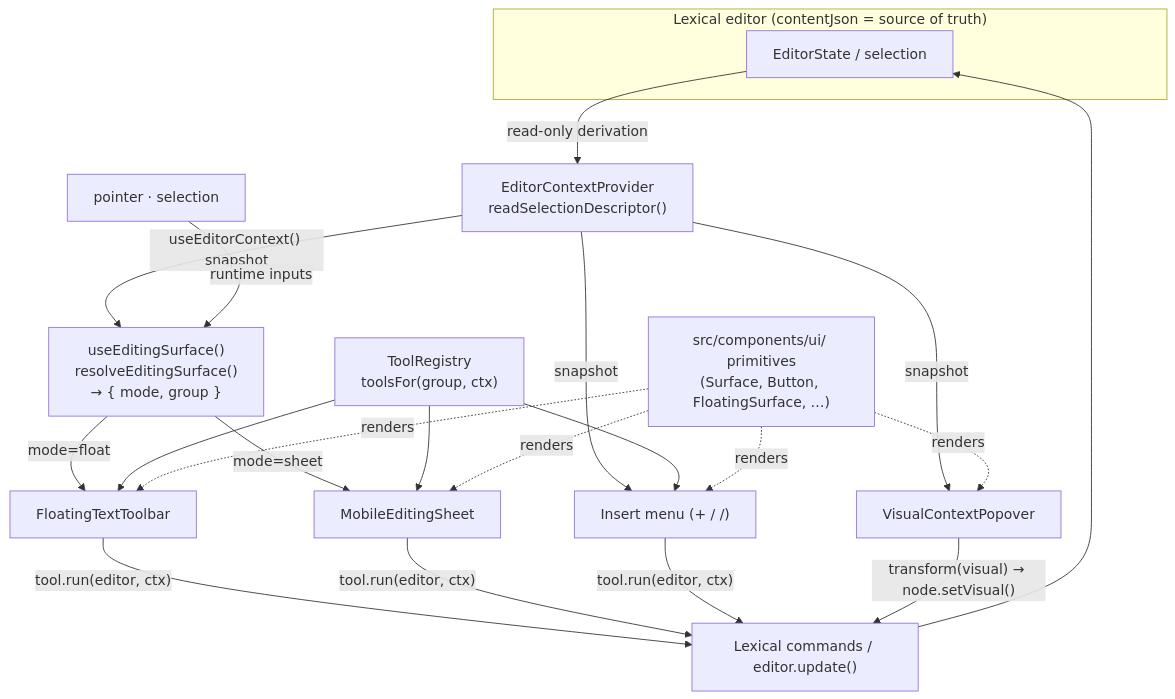
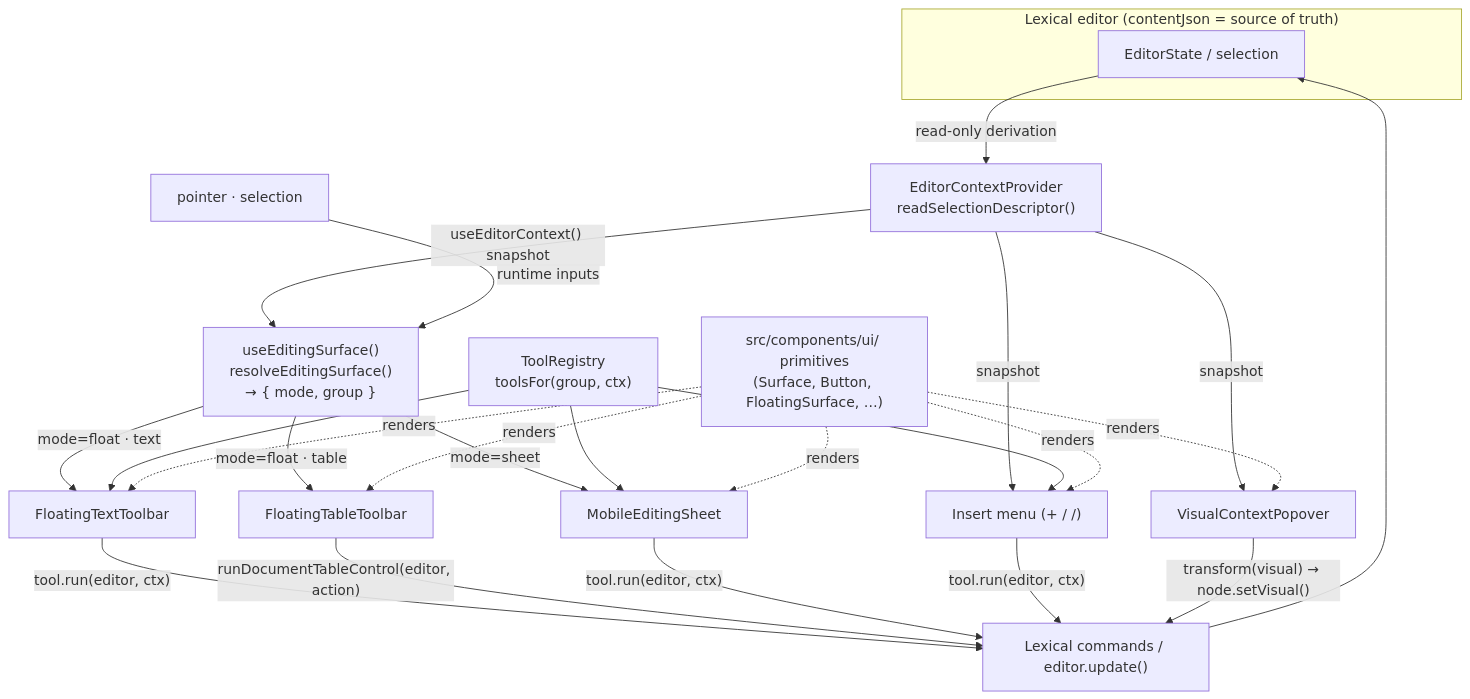
The diagram in docs/editor/document-editor.md (huangyingting/textiq), drawn with Mermaid before and after one commit. The commit also changed other lines of this file and 3 other files, not shown here.

````diff
--- a/docs/editor/document-editor.md
+++ b/docs/editor/document-editor.md
@@ -37,33 +37,36 @@
 ```mermaid
 flowchart TD
   subgraph editor["Lexical editor (contentJson = source of truth)"]
     state["EditorState / selection"]
   end
 
   state -->|"read-only derivation"| ctx["EditorContextProvider<br/>readSelectionDescriptor()"]
 
   ctx -->|"useEditorContext() snapshot"| resolver["useEditingSurface()<br/>resolveEditingSurface()<br/>→ { mode, group }"]
   inputs["pointer · selection"] -->|runtime inputs| resolver
 
-  resolver -->|"mode=float"| toolbar["FloatingTextToolbar"]
+  resolver -->|"mode=float · text"| toolbar["FloatingTextToolbar"]
+  resolver -->|"mode=float · table"| tableToolbar["FloatingTableToolbar"]
   resolver -->|"mode=sheet"| sheet["MobileEditingSheet"]
 
   ctx -->|snapshot| menu["Insert menu (+ / /)"]
   ctx -->|snapshot| vpop["VisualContextPopover"]
 
   registry["ToolRegistry<br/>toolsFor(group, ctx)"]
   registry --> toolbar
   registry --> sheet
   registry --> menu
 
   toolbar -->|"tool.run(editor, ctx)"| cmds["Lexical commands / editor.update()"]
+  tableToolbar -->|"runDocumentTableControl(editor, action)"| cmds
   sheet -->|"tool.run(editor, ctx)"| cmds
   menu -->|"tool.run(editor, ctx)"| cmds
   vpop -->|"transform(visual) → node.setVisual()"| cmds
   cmds --> state
 
   ui["src/components/ui/ primitives<br/>(Surface, Button, FloatingSurface, …)"] -.renders.-> toolbar
+  ui -.renders.-> tableToolbar
   ui -.renders.-> sheet
   ui -.renders.-> menu
   ui -.renders.-> vpop
 ```
````
